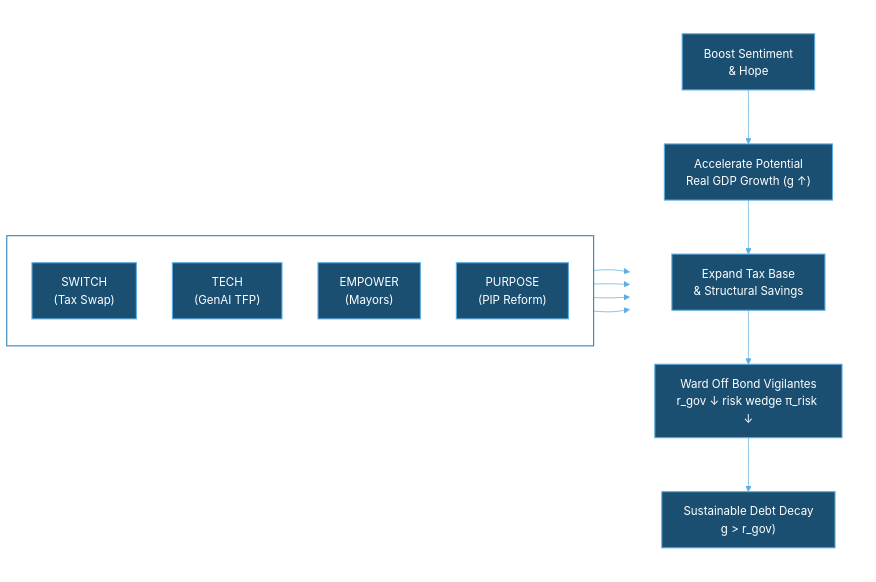
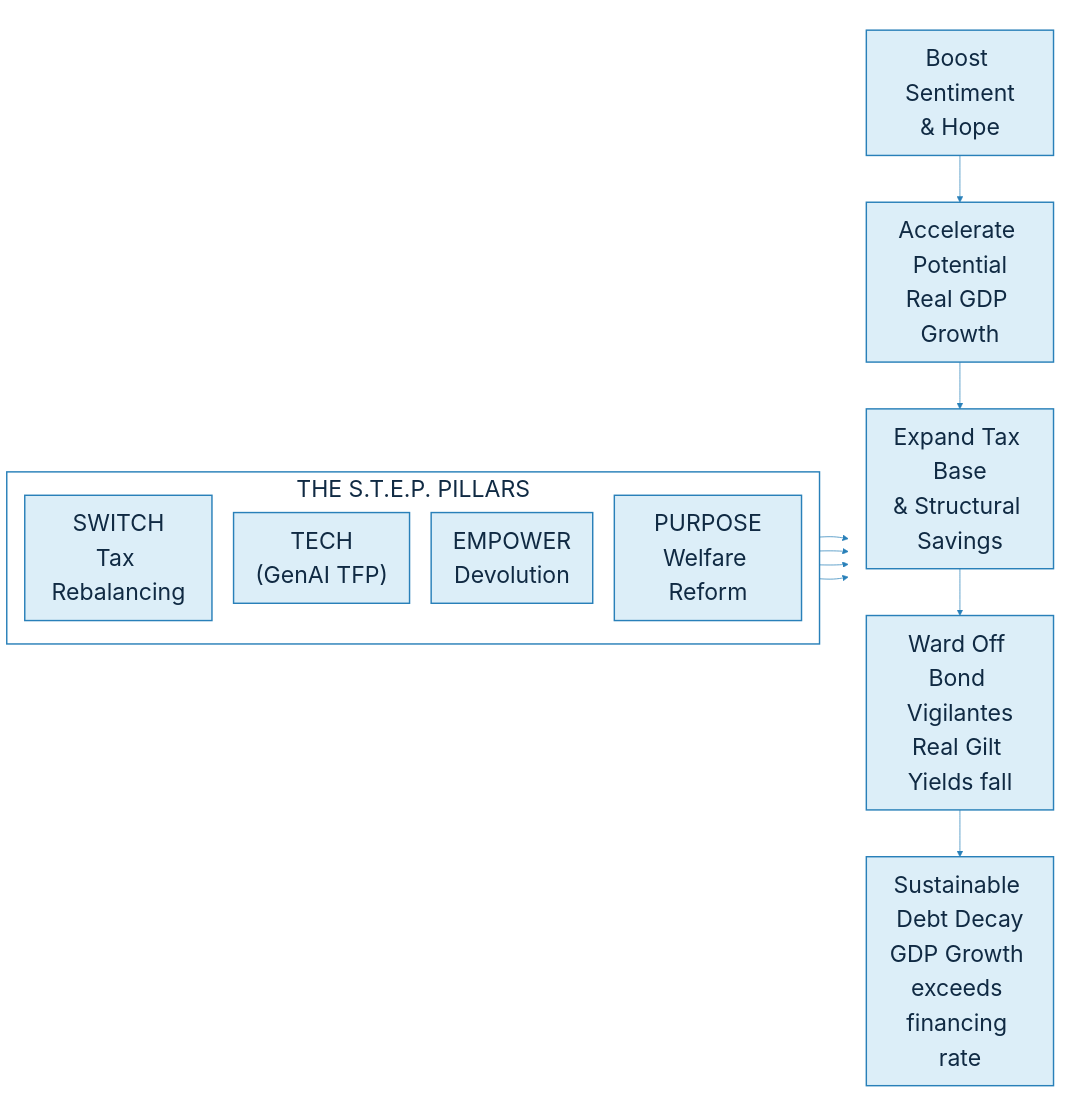
The diagram in macro/stepforward.qmd (sphannah/sphannah.github.io), drawn with Mermaid before and after one commit. The commit also changed other lines of this file and 1 other file, not shown here.

````diff
--- a/macro/stepforward.qmd
+++ b/macro/stepforward.qmd
@@ -57,44 +54,55 @@
 ```{mermaid}
-%%{init: {'theme': 'base', 'themeVariables': { 'primaryTextColor': '#ffffff', 'lineColor': '#5dade2', 'edgeLabelBackground':'transparent'}}}%%
+%%{init: {
+  'theme': 'base',
+  'themeVariables': {
+    'fontSize': '32px',
+    'fontFamily': 'Arial, sans-serif',
+    'primaryColor': '#dceef8',
+    'primaryTextColor': '#102a43',
+    'primaryBorderColor': '#2980b9',
+    'lineColor': '#2980b9',
+    'edgeLabelBackground': '#ffffff',
+    'clusterBkg': 'transparent',
+    'clusterBorder': '#2980b9'
+  },
+  'flowchart': {
+    'htmlLabels': true,
+    'nodeSpacing': 30,
+    'rankSpacing': 40
+  }
+}}%%
+
 flowchart LR
     subgraph STEP["THE S.T.E.P. PILLARS"]
         direction TB
-        S["SWITCH<br/>(Tax Swap)"]
+        S["SWITCH<br/>Tax Rebalancing"]
         T["TECH<br/>(GenAI TFP)"]
-        E["EMPOWER<br/>(Mayors)"]
-        P["PURPOSE<br/>(PIP Reform)"]
+        E["EMPOWER<br/>Devolution"]
+        P["PURPOSE<br/>Welfare Reform"]
     end
 
     S --> Hope
     T --> Hope
     E --> Hope
     P --> Hope
 
     subgraph CYCLE[" "]
         direction TB
         Hope["Boost Sentiment<br/>& Hope"]
-        Growth["Accelerate Potential<br/>Real GDP Growth (g ↑)"]
+        Growth["Accelerate Potential<br/>Real GDP Growth"]
         TaxBase["Expand Tax Base<br/>& Structural Savings"]
-        Vigilantes["Ward Off Bond Vigilantes<br/>r_gov ↓ risk wedge π_risk ↓"]
-        Decay["Sustainable Debt Decay<br/>g > r_gov)"]
+        Vigilantes["Ward Off Bond Vigilantes<br/>Real Gilt Yields fall"]
+        Decay["Sustainable Debt Decay<br/>GDP Growth exceeds financing rate"]
 
         Hope --> Growth
         Growth --> TaxBase
         TaxBase --> Vigilantes
         Vigilantes --> Decay
     end
 
-    style STEP fill:transparent,stroke:#2980b9,stroke-width:1.5px,color:#ffffff
+    classDef processBox fill:#dceef8,stroke:#2980b9,stroke-width:2px,color:#102a43;
+    class S,T,E,P,Hope,Growth,TaxBase,Vigilantes,Decay processBox;
+
+    style STEP fill:transparent,stroke:#2980b9,stroke-width:2px,color:#102a43
     style CYCLE fill:transparent,stroke:none
-
-    style S fill:#1b4f72,stroke:#5dade2,stroke-width:1.5px,color:#ffffff
-    style T fill:#1b4f72,stroke:#5dade2,stroke-width:1.5px,color:#ffffff
-    style E fill:#1b4f72,stroke:#5dade2,stroke-width:1.5px,color:#ffffff
-    style P fill:#1b4f72,stroke:#5dade2,stroke-width:1.5px,color:#ffffff
-
-    style Hope fill:#1b4f72,stroke:#5dade2,stroke-width:1.5px,color:#ffffff
-    style Growth fill:#1b4f72,stroke:#5dade2,stroke-width:1.5px,color:#ffffff
-    style TaxBase fill:#1b4f72,stroke:#5dade2,stroke-width:1.5px,color:#ffffff
-    style Vigilantes fill:#1b4f72,stroke:#5dade2,stroke-width:1.5px,color:#ffffff
-    style Decay fill:#1b4f72,stroke:#5dade2,stroke-width:1.5px,color:#ffffff
 ```
````
